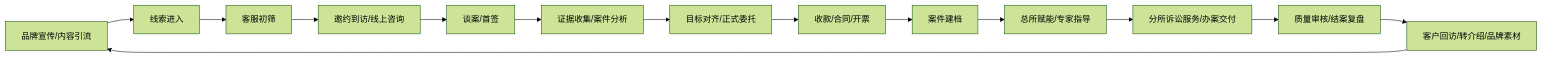
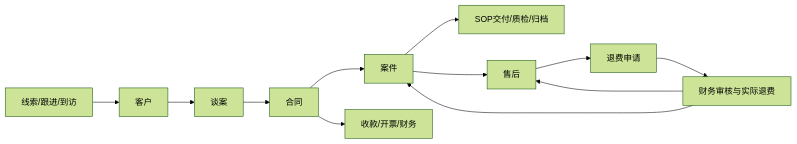
Before and after one commit to lk7878/ChengyeOA: the diagram in docs/spec/README.md, drawn with Mermaid (forest theme). The commit also changed other lines of this file and 85 other files, not shown here.

````diff
--- a/docs/spec/README.md
+++ b/docs/spec/README.md
@@ -21,16 +40,14 @@
 ```mermaid
 flowchart LR
-  A[品牌宣传/内容引流] --> B[线索进入]
-  B --> C[客服初筛]
-  C --> D[邀约到访/线上咨询]
-  D --> E[谈案/首签]
-  E --> F[证据收集/案件分析]
-  F --> G[目标对齐/正式委托]
-  G --> H[收款/合同/开票]
-  H --> I[案件建档]
-  I --> J[总所赋能/专家指导]
-  J --> K[分所诉讼服务/办案交付]
-  K --> L[质量审核/结案复盘]
-  L --> M[客户回访/转介绍/品牌素材]
-  M --> A
+  L[线索/跟进/到访] --> C[客户]
+  C --> N[谈案]
+  N --> T[合同]
+  T --> K[案件]
+  T --> P[收款/开票/财务]
+  K --> S[SOP交付/质检/归档]
+  K --> A[售后]
+  A --> R[退费申请]
+  R --> F[财务审核与实际退费]
+  F --> K
+  F --> A
 ```
````
